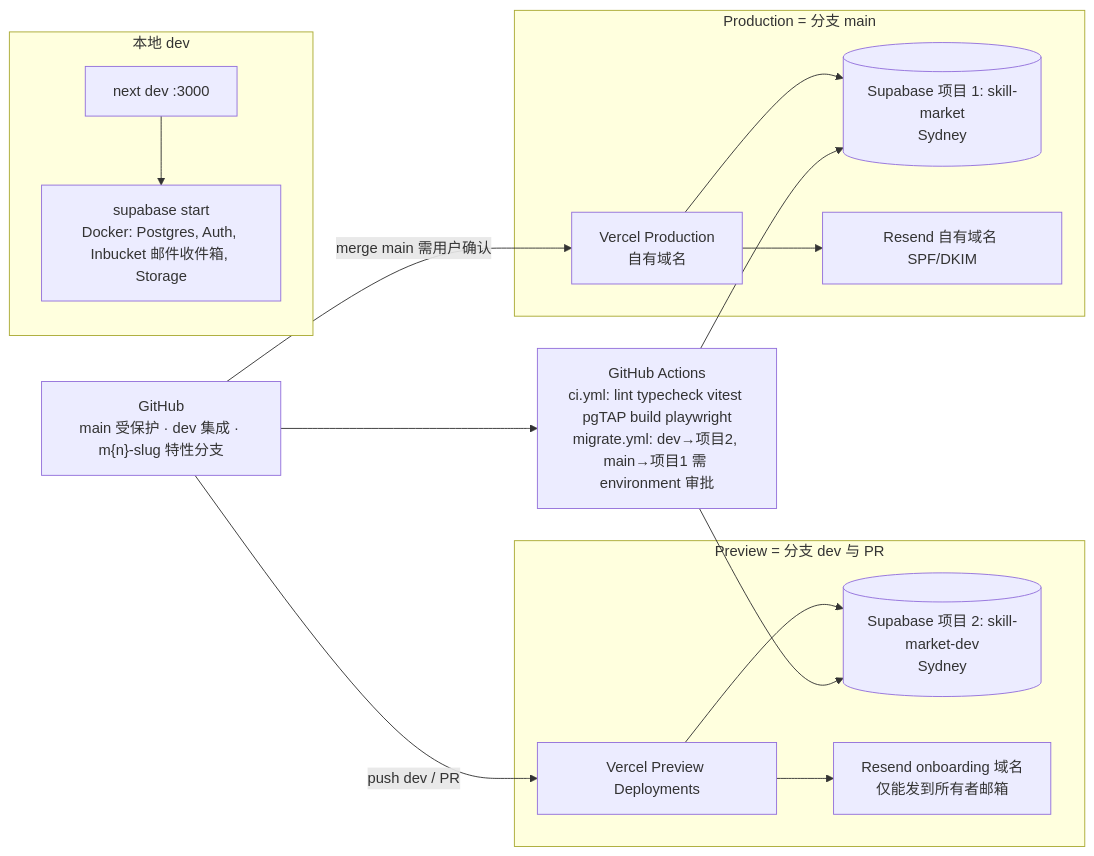
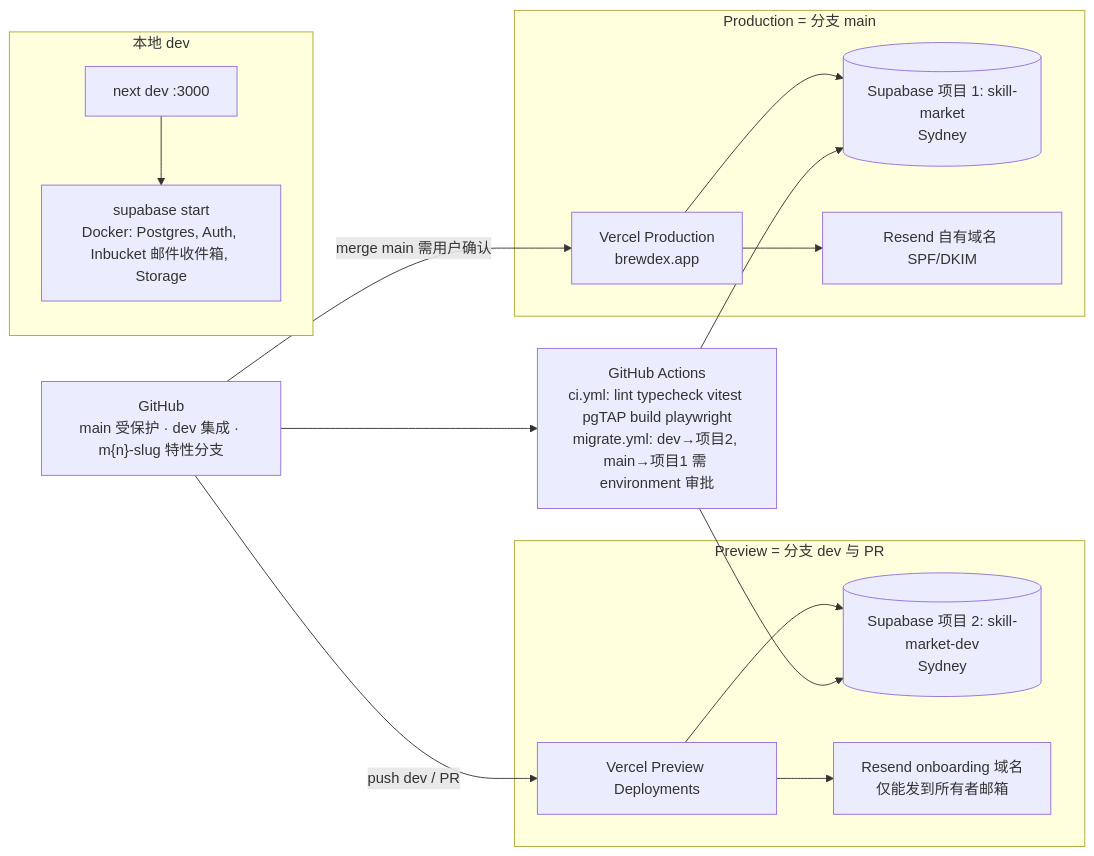
Before and after one commit to plcme/skill-market: the third of 9 diagrams in docs/ARCHITECTURE.md, drawn with Mermaid. The commit also changed other lines of this file and 6 other files, not shown here.

````diff
--- a/docs/ARCHITECTURE.md
+++ b/docs/ARCHITECTURE.md
@@ -137,29 +137,29 @@
 ```mermaid
 flowchart LR
     subgraph dev[本地 dev]
         D1[next dev :3000]
         D2["supabase start<br/>Docker: Postgres, Auth, Inbucket 邮件收件箱, Storage"]
         D1 --> D2
     end
     subgraph preview["Preview = 分支 dev 与 PR"]
         V1[Vercel Preview Deployments]
         S1[("Supabase 项目 2: skill-market-dev<br/>Sydney")]
         V1 --> S1
         R1["Resend onboarding 域名<br/>仅能发到所有者邮箱"]
         V1 --> R1
     end
     subgraph prod["Production = 分支 main"]
-        V2[Vercel Production<br/>自有域名]
+        V2[Vercel Production<br/>brewdex.app]
         S2[("Supabase 项目 1: skill-market<br/>Sydney")]
         V2 --> S2
         R2[Resend 自有域名 SPF/DKIM]
         V2 --> R2
     end
     GIT["GitHub<br/>main 受保护 · dev 集成 · m{n}-slug 特性分支"]
     GIT -- push dev / PR --> V1
     GIT -- merge main 需用户确认 --> V2
     CI["GitHub Actions<br/>ci.yml: lint typecheck vitest pgTAP build playwright<br/>migrate.yml: dev→项目2, main→项目1 需 environment 审批"]
     GIT --> CI
     CI --> S1
     CI --> S2
 ```
````
